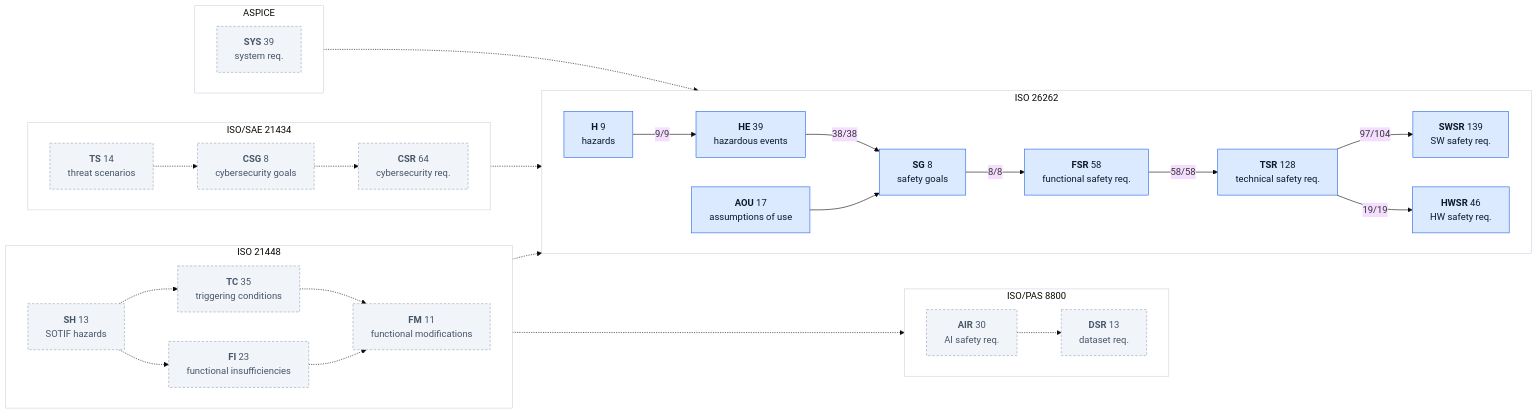
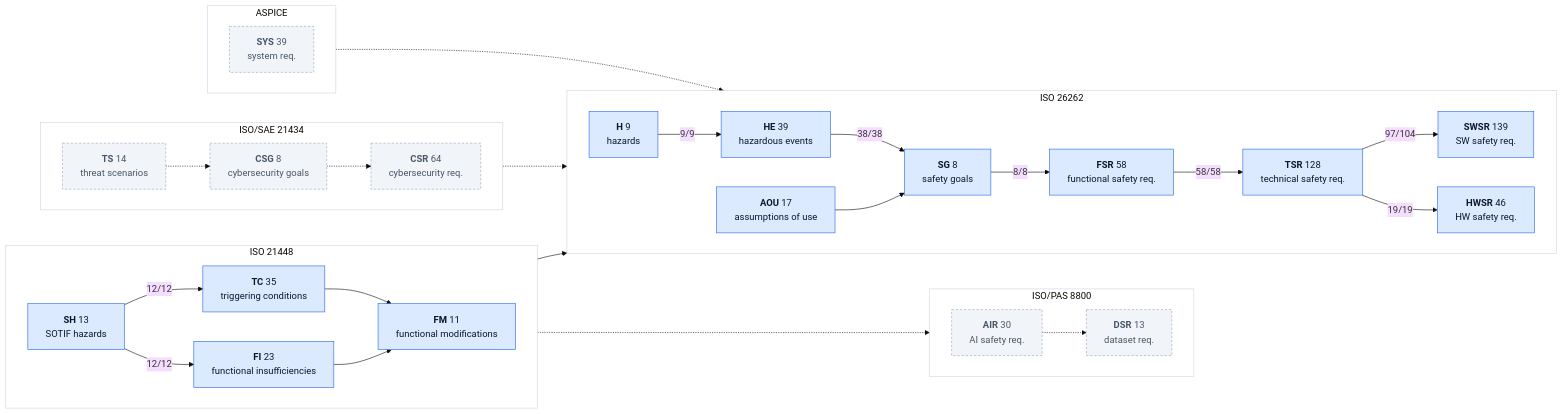
Before and after one commit to jherrodthomas/LionDriver: the second of 2 diagrams in assurance/trace/maps/aspice-trace-map.md, drawn with Mermaid (base theme). The commit also changed other lines of this file and 16 other files, not shown here.

````diff
--- a/assurance/trace/maps/aspice-trace-map.md
+++ b/assurance/trace/maps/aspice-trace-map.md
@@ -188,61 +188,61 @@
 ```mermaid
 flowchart LR
   subgraph ISO26262["ISO 26262"]
     direction LR
     kH["<b>H</b> 9<br/>hazards"]:::traced
     kHE["<b>HE</b> 39<br/>hazardous events"]:::traced
     kSG["<b>SG</b> 8<br/>safety goals"]:::traced
     kFSR["<b>FSR</b> 58<br/>functional safety req."]:::traced
     kTSR["<b>TSR</b> 128<br/>technical safety req."]:::traced
     kSWSR["<b>SWSR</b> 139<br/>SW safety req."]:::traced
     kHWSR["<b>HWSR</b> 46<br/>HW safety req."]:::traced
     kAOU["<b>AOU</b> 17<br/>assumptions of use"]:::traced
   end
   style ISO26262 fill:#FFFFFF,stroke:#CBD5E1
   subgraph ISO21448["ISO 21448"]
     direction LR
-    kSH["<b>SH</b> 13<br/>SOTIF hazards"]:::doc
-    kTC["<b>TC</b> 35<br/>triggering conditions"]:::doc
-    kFI["<b>FI</b> 23<br/>functional insufficiencies"]:::doc
-    kFM["<b>FM</b> 11<br/>functional modifications"]:::doc
+    kSH["<b>SH</b> 13<br/>SOTIF hazards"]:::traced
+    kTC["<b>TC</b> 35<br/>triggering conditions"]:::traced
+    kFI["<b>FI</b> 23<br/>functional insufficiencies"]:::traced
+    kFM["<b>FM</b> 11<br/>functional modifications"]:::traced
   end
   style ISO21448 fill:#FFFFFF,stroke:#CBD5E1
   subgraph ISOPAS8800["ISO/PAS 8800"]
     direction LR
     kAIR["<b>AIR</b> 30<br/>AI safety req."]:::doc
     kDSR["<b>DSR</b> 13<br/>dataset req."]:::doc
   end
   style ISOPAS8800 fill:#FFFFFF,stroke:#CBD5E1
   subgraph ISOSAE21434["ISO/SAE 21434"]
     direction LR
     kTS["<b>TS</b> 14<br/>threat scenarios"]:::doc
     kCSG["<b>CSG</b> 8<br/>cybersecurity goals"]:::doc
     kCSR["<b>CSR</b> 64<br/>cybersecurity req."]:::doc
   end
   style ISOSAE21434 fill:#FFFFFF,stroke:#CBD5E1
   subgraph ASPICE["ASPICE"]
     direction LR
     kSYS["<b>SYS</b> 39<br/>system req."]:::doc
   end
   style ASPICE fill:#FFFFFF,stroke:#CBD5E1
   kH -->|"9/9"| kHE
   kHE -->|"38/38"| kSG
   kSG -->|"8/8"| kFSR
   kFSR -->|"58/58"| kTSR
   kTSR -->|"97/104"| kSWSR
   kTSR -->|"19/19"| kHWSR
   kAOU --> kSG
-  kSH -.-> kTC
-  kSH -.-> kFI
-  kTC -.-> kFM
-  kFI -.-> kFM
-  kSH -.-> kHE
+  kSH -->|"12/12"| kTC
+  kSH -->|"12/12"| kFI
+  kTC --> kFM
+  kFI --> kFM
+  kSH --> kH
   kFI -.-> kAIR
   kAIR -.-> kDSR
   kTS -.-> kCSG
   kCSG -.-> kCSR
   kCSG -.-> kSG
   kSYS -.-> kTSR
   classDef traced fill:#DBEAFE,stroke:#2563EB,color:#0F172A
   classDef doc fill:#F1F5F9,stroke:#94A3B8,stroke-dasharray:4 3,color:#475569
 ```
````
